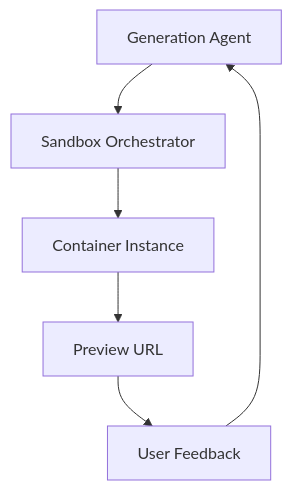
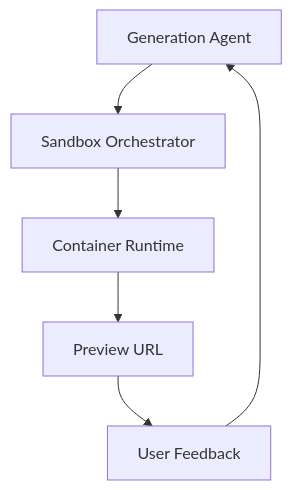
The diagram in tutorials/vibesdk-tutorial/04-sandbox-and-preview-runtime.md (johnxie/awesome-code-docs), drawn with Mermaid before and after one commit. The commit also changed other lines of this file and 8 other files, not shown here.

````diff
--- a/tutorials/vibesdk-tutorial/04-sandbox-and-preview-runtime.md
+++ b/tutorials/vibesdk-tutorial/04-sandbox-and-preview-runtime.md
@@ -29,8 +31,8 @@
 ```mermaid
 graph TD
     A[Generation Agent] --> B[Sandbox Orchestrator]
-    B --> C[Container Instance]
+    B --> C[Container Runtime]
     C --> D[Preview URL]
     D --> E[User Feedback]
     E --> A
 ```
````
